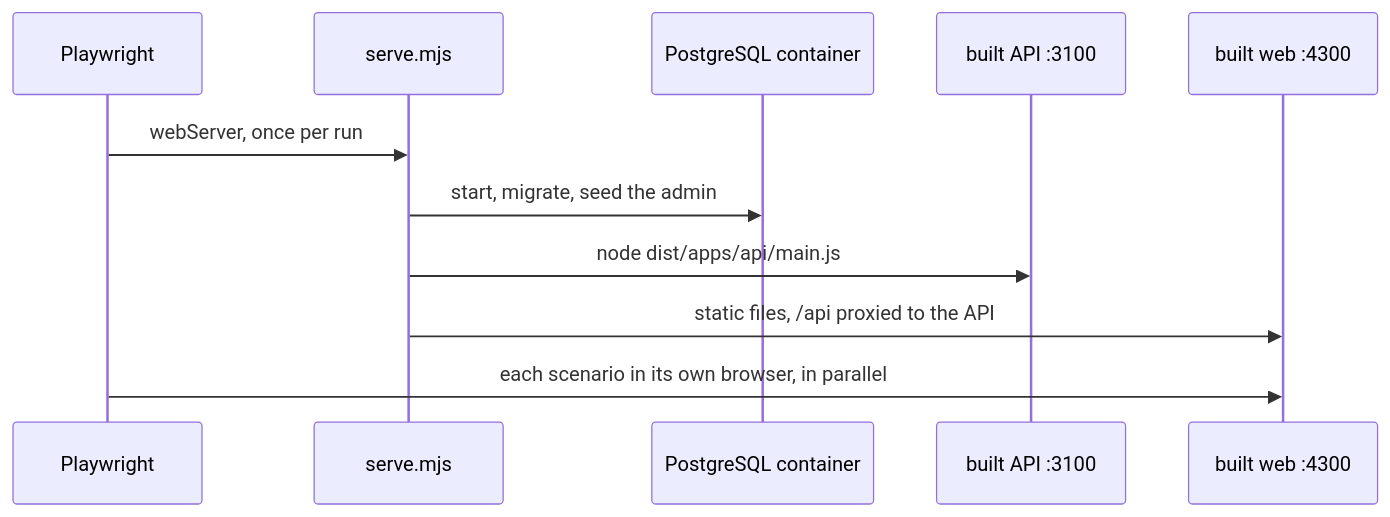
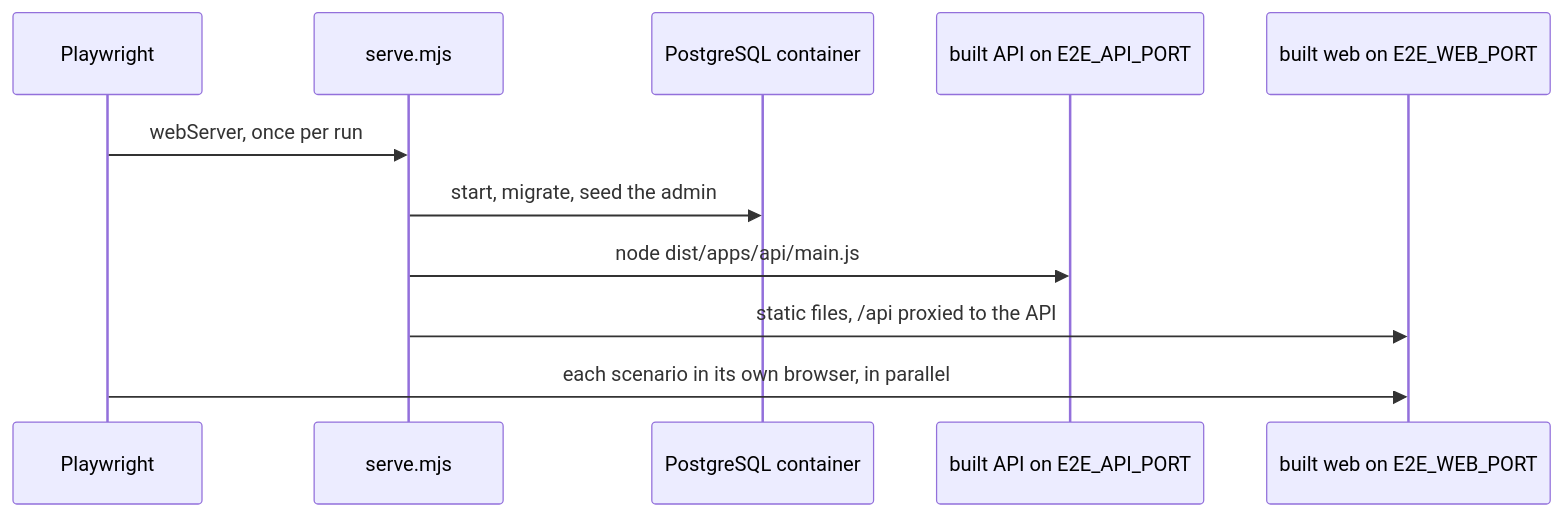
The second of 2 diagrams in docs/concepts/testing.md (zniszcz/boilerplate-angular-nest), drawn with Mermaid before and after one commit. The commit also changed 10 other files, not shown here.

````diff
--- a/docs/concepts/testing.md
+++ b/docs/concepts/testing.md
@@ -55,13 +55,13 @@
 ```mermaid
 sequenceDiagram
     participant P as Playwright
     participant S as serve.mjs
     participant PG as PostgreSQL container
-    participant A as built API :3100
-    participant W as built web :4300
+    participant A as built API on E2E_API_PORT
+    participant W as built web on E2E_WEB_PORT
     P->>S: webServer, once per run
     S->>PG: start, migrate, seed the admin
     S->>A: node dist/apps/api/main.js
     S->>W: static files, /api proxied to the API
     P->>W: each scenario in its own browser, in parallel
 ```
````
